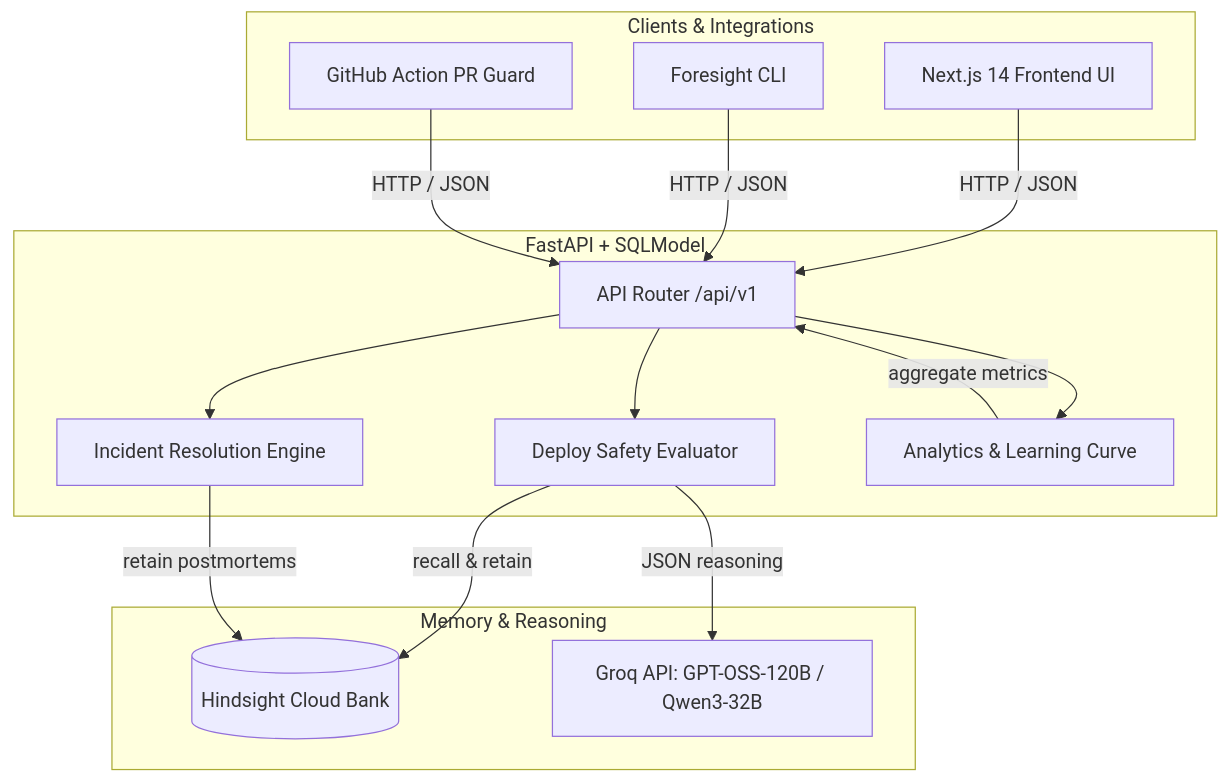
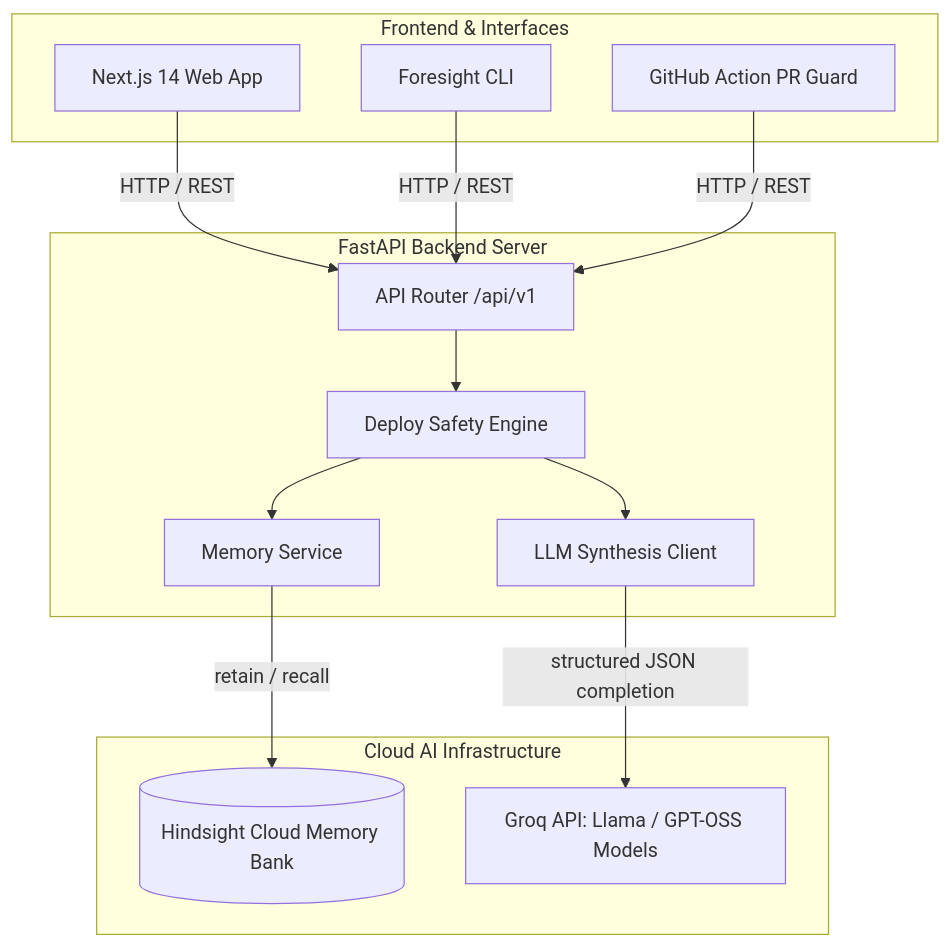
Before and after one commit to mpriyankainweb-bot/foresight: the diagram in README.md, drawn with Mermaid. The commit also changed other lines of this file, not shown here.

````diff
--- a/README.md
+++ b/README.md
@@ -22,33 +74,31 @@
 ```mermaid
 graph TD
-    subgraph Clients & Integrations
-        A[Next.js 14 Frontend UI]
-        B[Foresight CLI]
-        C[GitHub Action PR Guard]
+    subgraph Frontend & Interfaces
+        UI[Next.js 14 Web App]
+        CLI[Foresight CLI]
+        GHA[GitHub Action PR Guard]
     end
 
-    subgraph Backend Engine [FastAPI + SQLModel]
-        D[API Router /api/v1]
-        E[Deploy Safety Evaluator]
-        F[Incident Resolution Engine]
-        G[Analytics & Learning Curve]
+    subgraph FastAPI Backend Server
+        API[API Router /api/v1]
+        EVAL[Deploy Safety Engine]
+        MEM_SVC[Memory Service]
+        LLM_SVC[LLM Synthesis Client]
     end
 
-    subgraph Memory & Reasoning
-        H[(Hindsight Cloud Bank)]
-        I[Groq API: GPT-OSS-120B / Qwen3-32B]
+    subgraph Cloud AI Infrastructure
+        HINDSIGHT[(Hindsight Cloud Memory Bank)]
+        GROQ[Groq API: Llama / GPT-OSS Models]
     end
 
-    A -->|HTTP / JSON| D
-    B -->|HTTP / JSON| D
-    C -->|HTTP / JSON| D
+    UI -->|HTTP / REST| API
+    CLI -->|HTTP / REST| API
+    GHA -->|HTTP / REST| API
 
-    D --> E
-    D --> F
-    D --> G
+    API --> EVAL
+    EVAL --> MEM_SVC
+    EVAL --> LLM_SVC
 
-    E -->|recall & retain| H
-    E -->|JSON reasoning| I
-    F -->|retain postmortems| H
-    G -->|aggregate metrics| D
+    MEM_SVC -->|retain / recall| HINDSIGHT
+    LLM_SVC -->|structured JSON completion| GROQ
 ```
````
